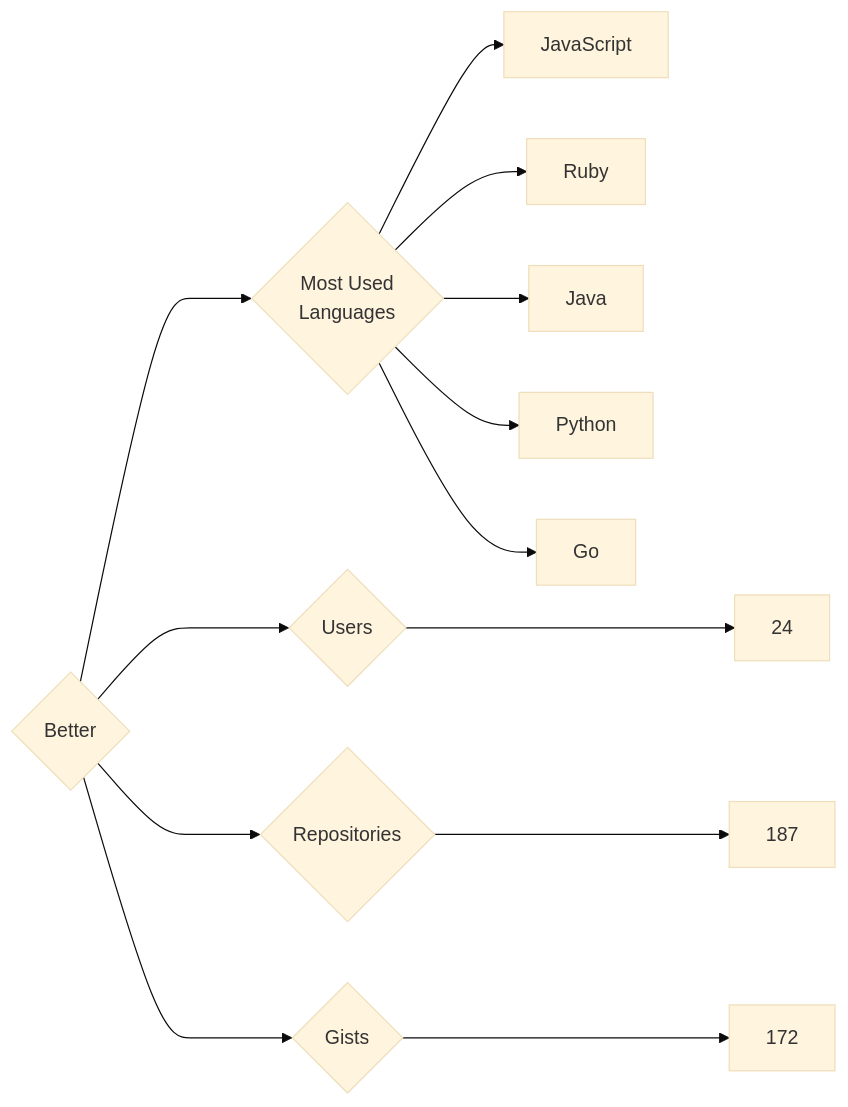
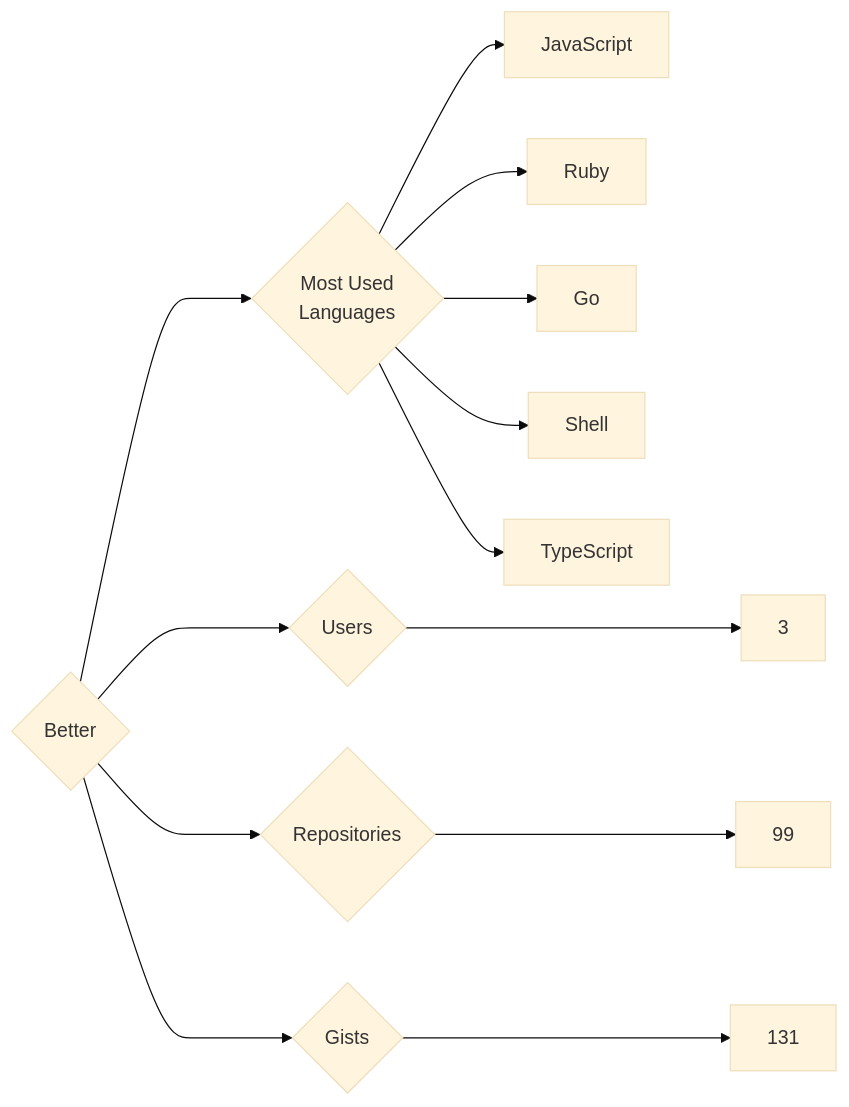
One commit to trickest/insiders changed the diagram in targets/Better/README.md. Above: the diagram before and after it, drawn with Mermaid (base theme). The commit also changed 953 other files, not shown here.

````diff
--- a/targets/Better/README.md
+++ b/targets/Better/README.md
@@ -3,13 +3,13 @@
 ```mermaid
 graph LR
 COMPANY_NAME{Better}
-COMPANY_NAME ---> U{Users} ---> UN[24]
-COMPANY_NAME ---> R{Repositories} ---> RN[187]
-COMPANY_NAME ---> G{Gists} ---> GN[172]
+COMPANY_NAME ---> U{Users} ---> UN[3]
+COMPANY_NAME ---> R{Repositories} ---> RN[99]
+COMPANY_NAME ---> G{Gists} ---> GN[131]
 COMPANY_NAME ---> ML{Most Used<br>Languages}
 ML --> JavaScript[JavaScript]
 ML --> Ruby[Ruby]
-ML --> Java[Java]
-ML --> Python[Python]
 ML --> Go[Go]
+ML --> Shell[Shell]
+ML --> TypeScript[TypeScript]
 ```
````
